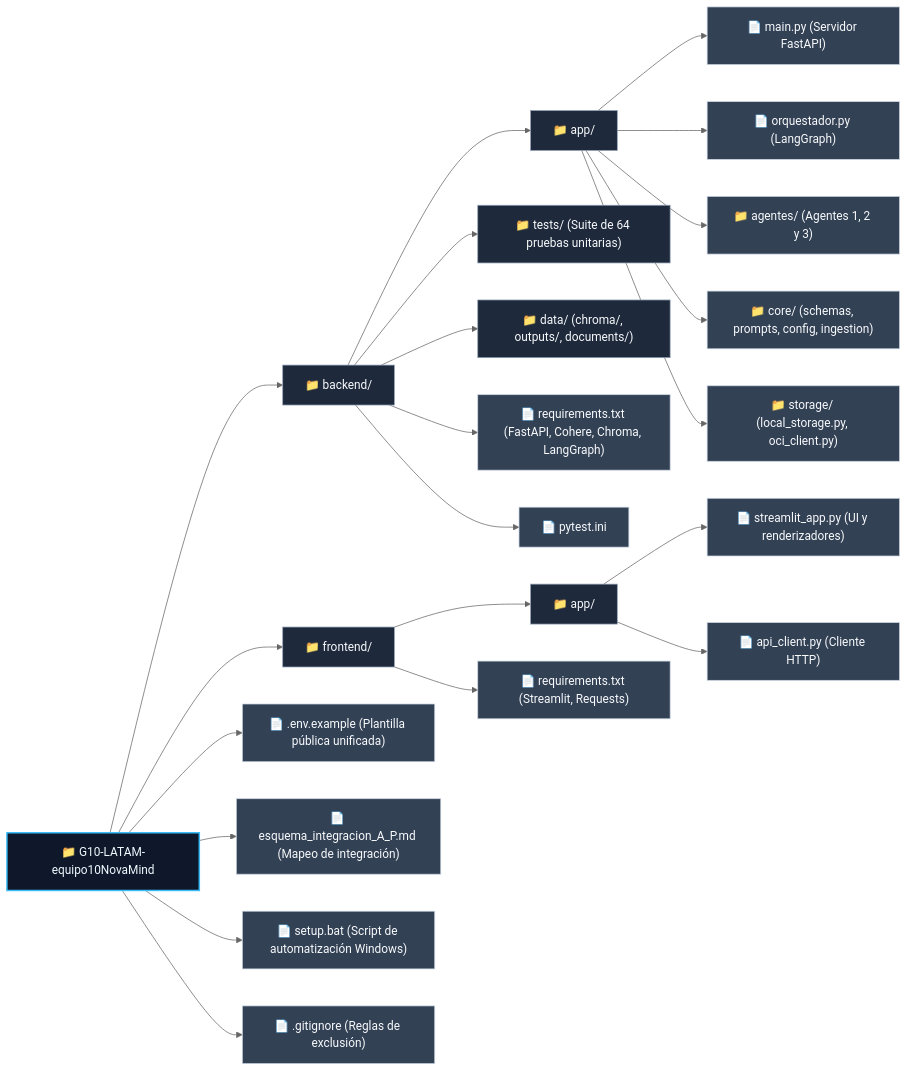
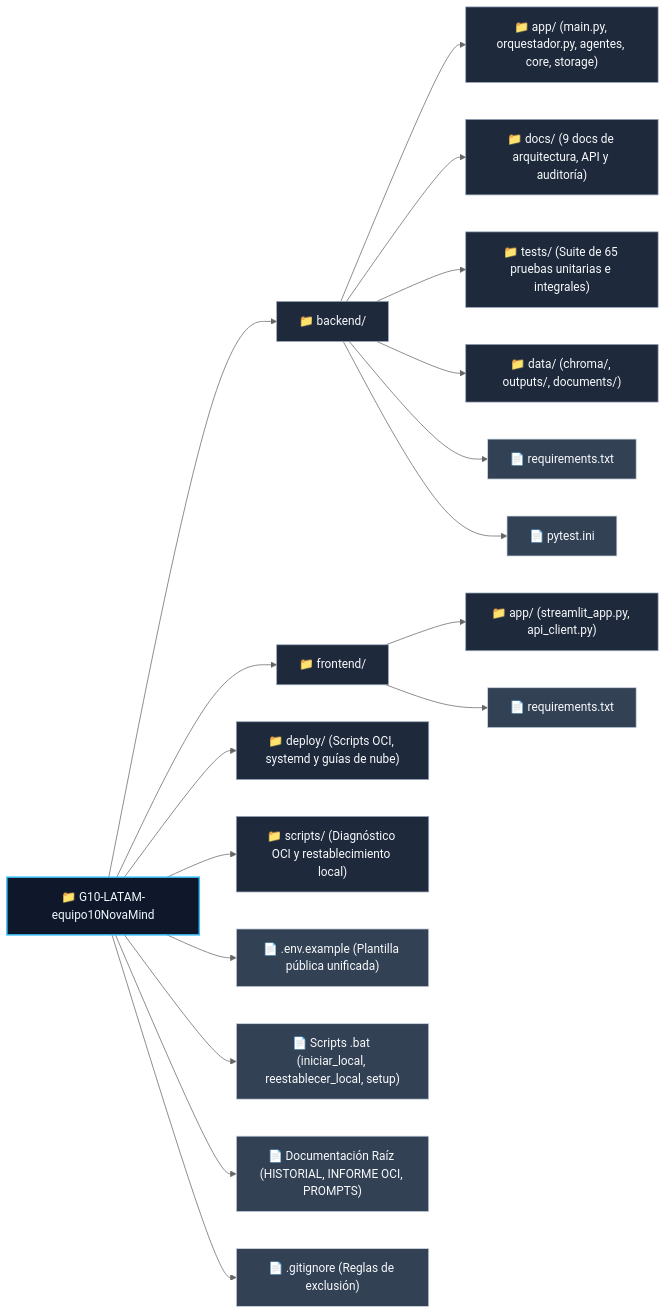
One commit to No-Country-simulation/G10-LATAM-equipo10NovaMind changed the second of 4 diagrams in README.md. Above: the diagram before and after it, drawn with Mermaid (neutral theme). The commit also changed other lines of this file, not shown here.

````diff
--- a/README.md
+++ b/README.md
@@ -93,35 +93,33 @@
 ```mermaid
 graph LR
     %% Estilos
     classDef root fill:#0f172a,stroke:#38bdf8,stroke-width:2px,color:#f0f9ff;
     classDef dir fill:#1e293b,stroke:#94a3b8,stroke-width:1px,color:#f8fafc;
     classDef file fill:#334155,stroke:#cbd5e1,stroke-width:1px,color:#f8fafc;
 
     ROOT["📁 G10-LATAM-equipo10NovaMind"]:::root
 
     %% BACKEND
     ROOT --> B_DIR["📁 backend/"]:::dir
-    B_DIR --> B_APP["📁 app/"]:::dir
-    B_APP --> B_MAIN["📄 main.py (Servidor FastAPI)"]:::file
-    B_APP --> B_ORQ["📄 orquestador.py (LangGraph)"]:::file
-    B_APP --> B_AG["📁 agentes/ (Agentes 1, 2 y 3)"]:::file
-    B_APP --> B_CORE["📁 core/ (schemas, prompts, config, ingestion)"]:::file
-    B_APP --> B_STOR["📁 storage/ (local_storage.py, oci_client.py)"]:::file
-    B_DIR --> B_TESTS["📁 tests/ (Suite de 64 pruebas unitarias)"]:::dir
+    B_DIR --> B_APP["📁 app/ (main.py, orquestador.py, agentes, core, storage)"]:::dir
+    B_DIR --> B_DOCS["📁 docs/ (9 docs de arquitectura, API y auditoría)"]:::dir
+    B_DIR --> B_TESTS["📁 tests/ (Suite de 65 pruebas unitarias e integrales)"]:::dir
     B_DIR --> B_DATA["📁 data/ (chroma/, outputs/, documents/)"]:::dir
-    B_DIR --> B_REQ["📄 requirements.txt (FastAPI, Cohere, Chroma, LangGraph)"]:::file
+    B_DIR --> B_REQ["📄 requirements.txt"]:::file
     B_DIR --> B_INI["📄 pytest.ini"]:::file
 
     %% FRONTEND
     ROOT --> F_DIR["📁 frontend/"]:::dir
-    F_DIR --> F_APP["📁 app/"]:::dir
-    F_APP --> F_STREAMLIT["📄 streamlit_app.py (UI y renderizadores)"]:::file
-    F_APP --> F_CLIENT["📄 api_client.py (Cliente HTTP)"]:::file
-    F_DIR --> F_REQ["📄 requirements.txt (Streamlit, Requests)"]:::file
+    F_DIR --> F_APP["📁 app/ (streamlit_app.py, api_client.py)"]:::dir
+    F_DIR --> F_REQ["📄 requirements.txt"]:::file
+
+    %% DEPLOY & SCRIPTS
+    ROOT --> D_DIR["📁 deploy/ (Scripts OCI, systemd y guías de nube)"]:::dir
+    ROOT --> S_DIR["📁 scripts/ (Diagnóstico OCI y restablecimiento local)"]:::dir
 
     %% RAÍZ
     ROOT --> R_ENV["📄 .env.example (Plantilla pública unificada)"]:::file
-    ROOT --> R_DOC["📄 esquema_integracion_A_P.md (Mapeo de integración)"]:::file
-    ROOT --> R_BAT["📄 setup.bat (Script de automatización Windows)"]:::file
+    ROOT --> R_BAT["📄 Scripts .bat (iniciar_local, reestablecer_local, setup)"]:::file
+    ROOT --> R_DOC["📄 Documentación Raíz (HISTORIAL, INFORME OCI, PROMPTS)"]:::file
     ROOT --> R_GIT["📄 .gitignore (Reglas de exclusión)"]:::file
 ```
````
